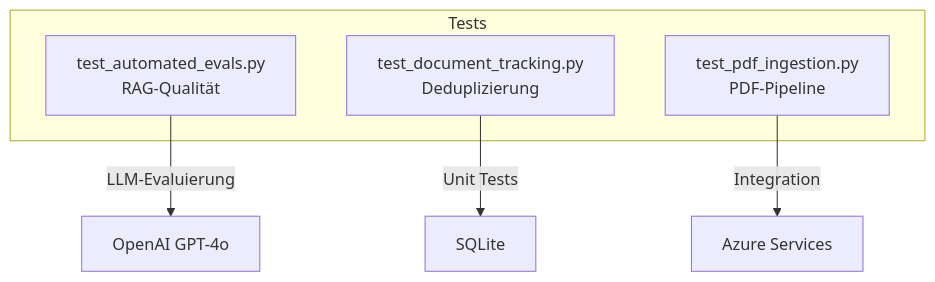
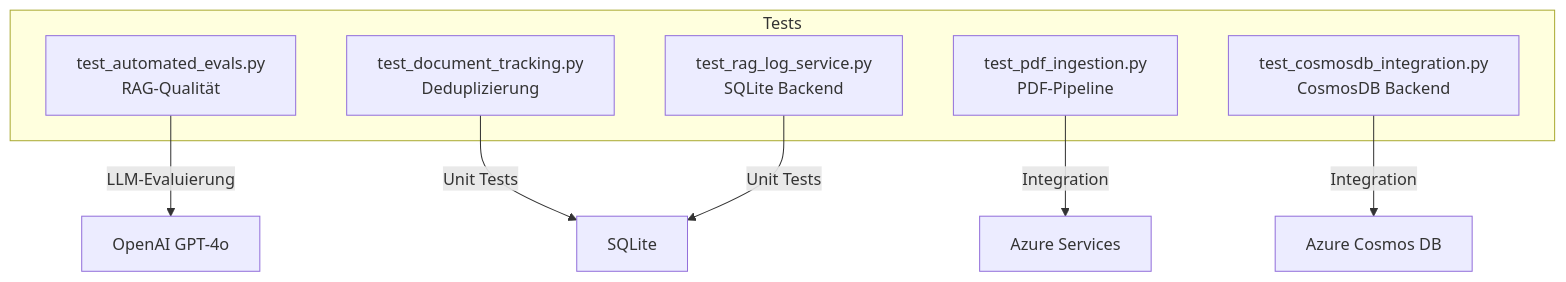
One commit to LR-Argentino/RagForEnterprise changed diagram 13 of 14 in ARCHITECTURE.md. Above: the diagram before and after it, drawn with Mermaid. The commit also changed other lines of this file and 12 other files, not shown here.

Commit message:
add CosmosDB integration; implement async client and configure audit logging backend

````diff
--- a/ARCHITECTURE.md
+++ b/ARCHITECTURE.md
@@ -598,12 +686,16 @@
 ```mermaid
 graph TB
     subgraph "Tests"
         A[test_automated_evals.py<br/>RAG-Qualität]
         B[test_document_tracking.py<br/>Deduplizierung]
         C[test_pdf_ingestion.py<br/>PDF-Pipeline]
+        D[test_rag_log_service.py<br/>SQLite Backend]
+        E[test_cosmosdb_integration.py<br/>CosmosDB Backend]
     end
 
     A --> |LLM-Evaluierung| OPENAI[OpenAI GPT-4o]
     B --> |Unit Tests| SQLITE[SQLite]
     C --> |Integration| AZURE[Azure Services]
+    D --> |Unit Tests| SQLITE
+    E --> |Integration| COSMOS[Azure Cosmos DB]
 ```
````
